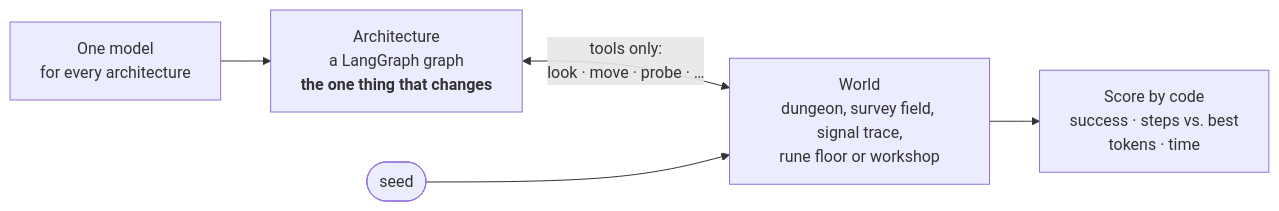
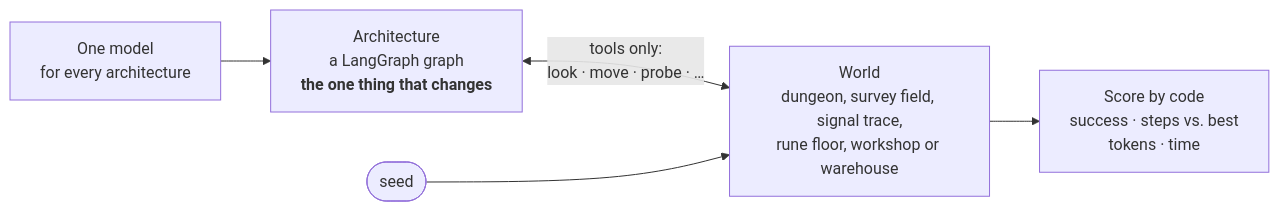
Before and after one commit to chrysogonus/agent-patterns-lab: the first of 5 diagrams in README.md, drawn with Mermaid. The commit also changed other lines of this file and 70 other files, not shown here.

````diff
--- a/README.md
+++ b/README.md
@@ -23,7 +23,7 @@
 ```mermaid
 flowchart LR
     model["One model<br/>for every architecture"] --> arch["Architecture<br/>a LangGraph graph<br/><b>the one thing that changes</b>"]
-    arch <-->|"tools only:<br/>look · move · probe · …"| world["World<br/>dungeon, survey field, signal trace,<br/>rune floor or workshop"]
+    arch <-->|"tools only:<br/>look · move · probe · …"| world["World<br/>dungeon, survey field, signal trace,<br/>rune floor, workshop or warehouse"]
     seed(["seed"]) --> world
     world --> score["Score by code<br/>success · steps vs. best<br/>tokens · time"]
 ```
````
